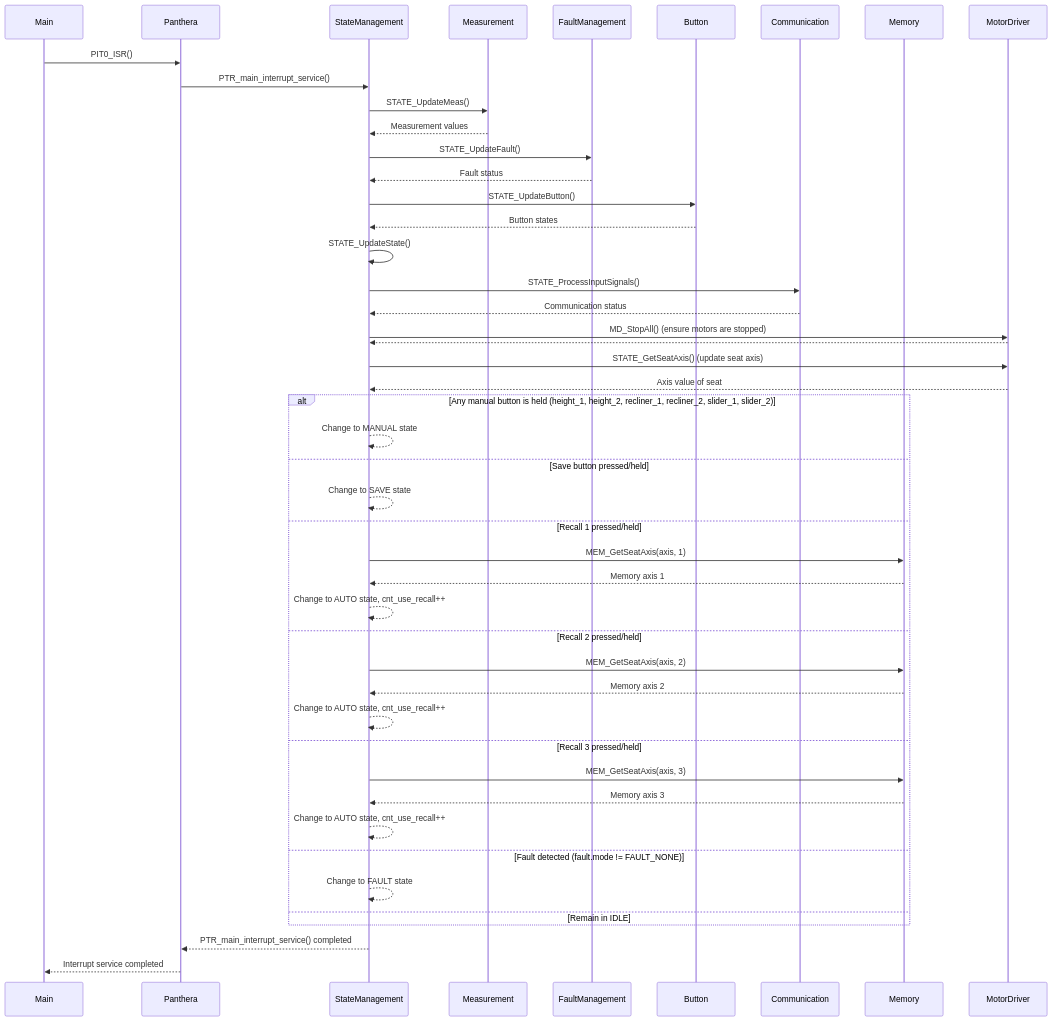
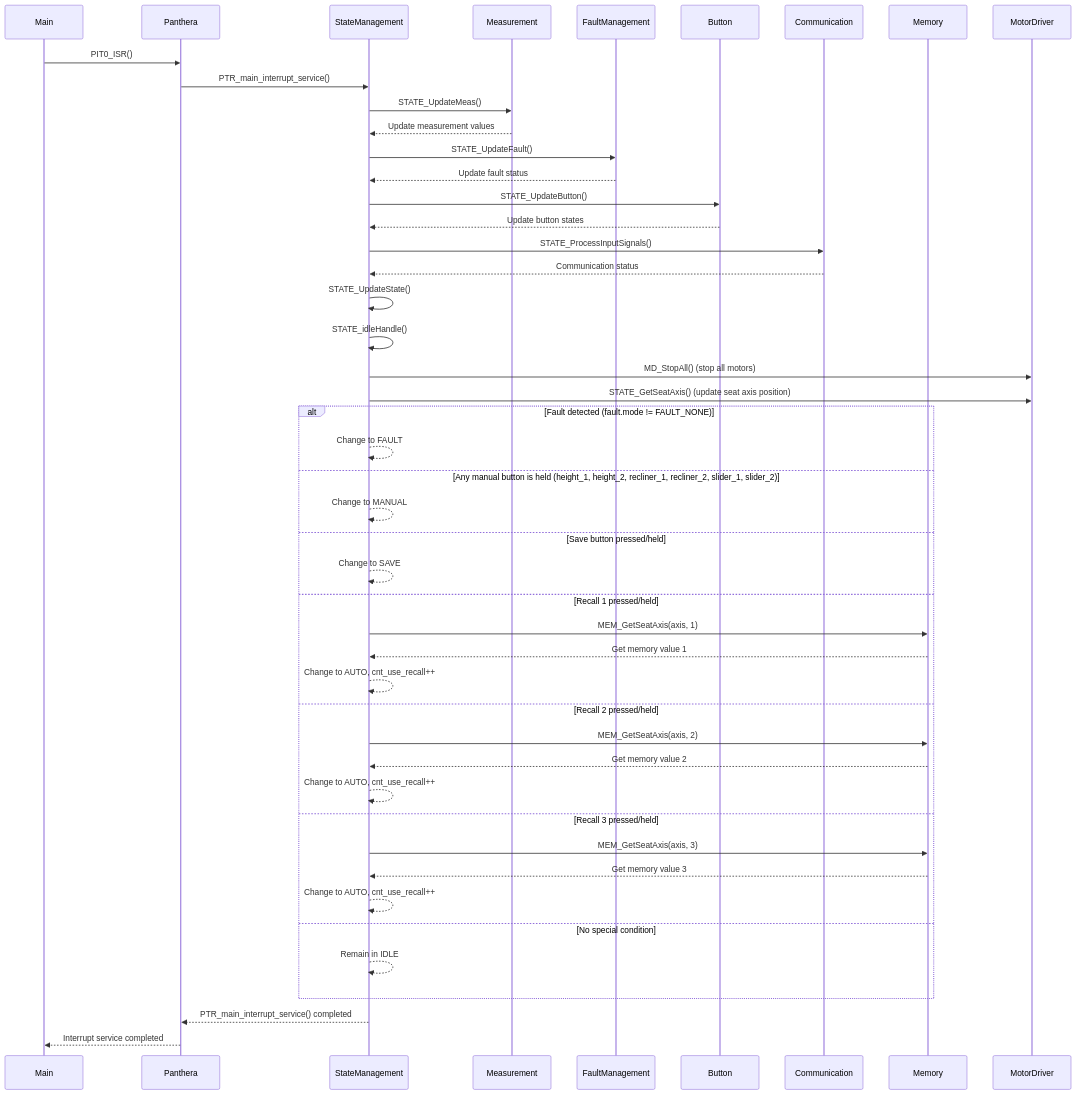
The first of 10 diagrams in Document/Panthera_Development_Doc_v250818.md (lab-vncommic/PantheraProject), drawn with Mermaid before and after one commit. The commit also changed other lines of this file and 11 other files, not shown here.

````diff
--- a/Document/Panthera_Development_Doc_v250818.md
+++ b/Document/Panthera_Development_Doc_v250818.md
@@ -309,58 +309,50 @@
 ```mermaid
 sequenceDiagram
-  participant Main as Main
-  participant App as Panthera
-  participant State as StateManagement
-  participant Meas as Measurement
-  participant Fault as FaultManagement
-  participant Btn as Button
-  participant Comm as Communication
-  participant Mem as Memory
-  participant Motor as MotorDriver
+    participant Main as Main
+    participant App as Panthera
+    participant State as StateManagement
+    participant Meas as Measurement
+    participant Fault as FaultManagement
+    participant Btn as Button
+    participant Comm as Communication
+    participant Mem as Memory
+    participant Motor as MotorDriver
 
-  Main->>App: PIT0_ISR()
-  App->>State: PTR_main_interrupt_service()
-  State->>Meas: STATE_UpdateMeas()
-  Meas-->>State: Measurement values
-
-  State->>Fault: STATE_UpdateFault()
-  Fault-->>State: Fault status
-
-  State->>Btn: STATE_UpdateButton()
-  Btn-->>State: Button states
-  
-  State->>State: STATE_UpdateState()
-
-  State->>Comm: STATE_ProcessInputSignals()
-  Comm-->>State: Communication status
-
-  State->>Motor: MD_StopAll() (ensure motors are stopped)
-  Motor-->>State:
-
-  State->>Motor: STATE_GetSeatAxis() (update seat axis)
-  Motor-->>State: Axis value of seat
-
-  %% Điều kiện chuyển state từ IDLE (xét ở cuối)
-  alt Any manual button is held (height_1, height_2, recliner_1, recliner_2, slider_1, slider_2)
-    State-->>State: Change to MANUAL state
-  else Save button pressed/held
-    State-->>State: Change to SAVE state
-  else Recall 1 pressed/held
-    State->>Mem: MEM_GetSeatAxis(axis, 1)
-    Mem-->>State: Memory axis 1
-    State-->>State: Change to AUTO state, cnt_use_recall++
-  else Recall 2 pressed/held
-    State->>Mem: MEM_GetSeatAxis(axis, 2)
-    Mem-->>State: Memory axis 2
-    State-->>State: Change to AUTO state, cnt_use_recall++
-  else Recall 3 pressed/held
-    State->>Mem: MEM_GetSeatAxis(axis, 3)
-    Mem-->>State: Memory axis 3
-    State-->>State: Change to AUTO state, cnt_use_recall++
-  else Fault detected (fault.mode != FAULT_NONE)
-    State-->>State: Change to FAULT state
-  else Remain in IDLE
-  end
-  State-->>App: PTR_main_interrupt_service() completed
-  App-->>Main: Interrupt service completed
+    Main->>App: PIT0_ISR()
+    App->>State: PTR_main_interrupt_service()
+    State->>Meas: STATE_UpdateMeas()
+    Meas-->>State: Update measurement values
+    State->>Fault: STATE_UpdateFault()
+    Fault-->>State: Update fault status
+    State->>Btn: STATE_UpdateButton()
+    Btn-->>State: Update button states
+    State->>Comm: STATE_ProcessInputSignals()
+    Comm-->>State: Communication status
+    State->>State: STATE_UpdateState()
+    State->>State: STATE_idleHandle()
+    State->>Motor: MD_StopAll() (stop all motors)
+    State->>Motor: STATE_GetSeatAxis() (update seat axis position)
+    alt Fault detected (fault.mode != FAULT_NONE)
+        State-->>State: Change to FAULT
+    else Any manual button is held (height_1, height_2, recliner_1, recliner_2, slider_1, slider_2)
+        State-->>State: Change to MANUAL
+    else Save button pressed/held
+        State-->>State: Change to SAVE
+    else Recall 1 pressed/held
+        State->>Mem: MEM_GetSeatAxis(axis, 1)
+        Mem-->>State: Get memory value 1
+        State-->>State: Change to AUTO, cnt_use_recall++
+    else Recall 2 pressed/held
+        State->>Mem: MEM_GetSeatAxis(axis, 2)
+        Mem-->>State: Get memory value 2
+        State-->>State: Change to AUTO, cnt_use_recall++
+    else Recall 3 pressed/held
+        State->>Mem: MEM_GetSeatAxis(axis, 3)
+        Mem-->>State: Get memory value 3
+        State-->>State: Change to AUTO, cnt_use_recall++
+    else No special condition
+        State-->>State: Remain in IDLE
+    end
+    State-->>App: PTR_main_interrupt_service() completed
+    App-->>Main: Interrupt service completed
 ```
````
